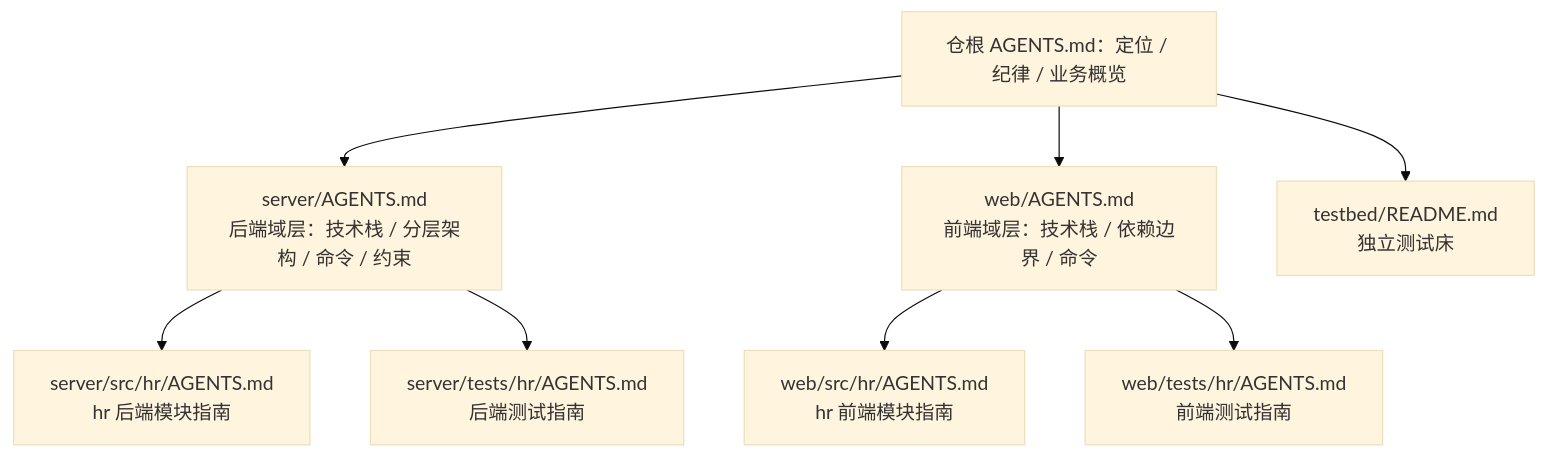
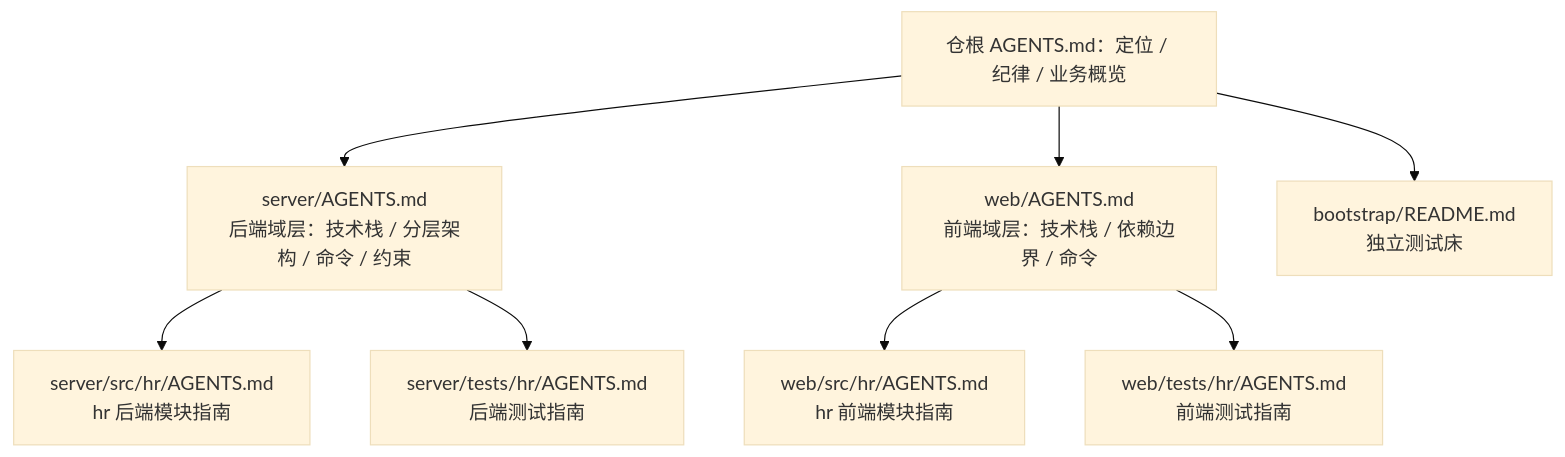
The diagram in AGENTS.md (KentTain/kcloudy.hr), drawn with Mermaid (base theme) before and after one commit. The commit also changed other lines of this file and 8 other files, not shown here.

First line of the commit message:
refactor(testbed): 目录更名 bootstrap——自举语义直白，与主仓 docker/ 生产编排区分

````diff
--- a/AGENTS.md
+++ b/AGENTS.md
@@ -45,11 +45,11 @@
 ```mermaid
 graph TD
     ROOT["仓根 AGENTS.md：定位 / 纪律 / 业务概览"]
     ROOT --> SERVER["server/AGENTS.md<br/>后端域层：技术栈 / 分层架构 / 命令 / 约束"]
     SERVER --> SRCH["server/src/hr/AGENTS.md<br/>hr 后端模块指南"]
     SERVER --> TESTB["server/tests/hr/AGENTS.md<br/>后端测试指南"]
     ROOT --> WEB["web/AGENTS.md<br/>前端域层：技术栈 / 依赖边界 / 命令"]
     WEB --> WEBH["web/src/hr/AGENTS.md<br/>hr 前端模块指南"]
     WEB --> WEBT["web/tests/hr/AGENTS.md<br/>前端测试指南"]
-    ROOT --> TBR["testbed/README.md<br/>独立测试床"]
+    ROOT --> TBR["bootstrap/README.md<br/>独立测试床"]
 ```
````
